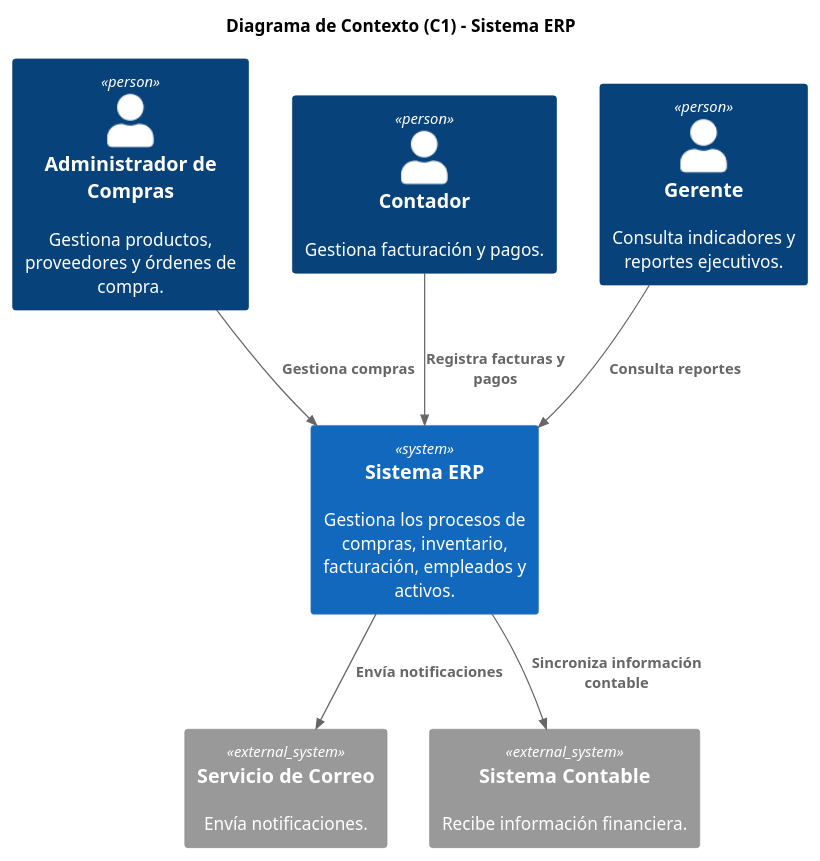
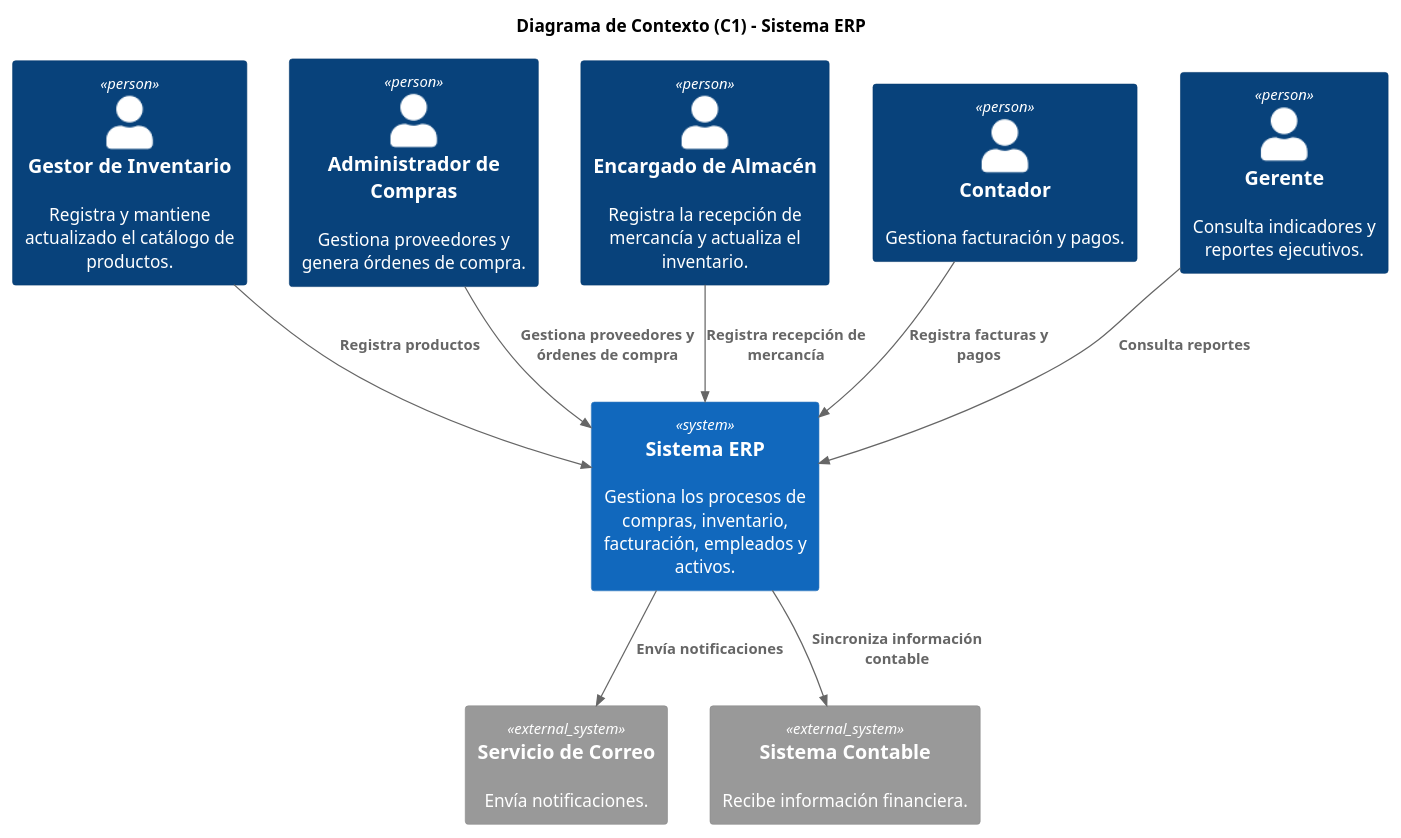
The diagram in docs/diagrama_contexto.plantuml (hannakathe/erp-software-architecture), drawn with PlantUML before and after one commit. The commit also changed 5 other files, not shown here.

```diff
--- a/docs/diagrama_contexto.plantuml
+++ b/docs/diagrama_contexto.plantuml
@@ -1,22 +1,26 @@
 @startuml diagrama_contexto
 !include https://raw.githubusercontent.com/plantuml-stdlib/C4-PlantUML/master/C4_Context.puml
 
 title Diagrama de Contexto (C1) - Sistema ERP
 
-Person(adminCompras, "Administrador de Compras", "Gestiona productos, proveedores y órdenes de compra.")
+Person(gestorInventario, "Gestor de Inventario", "Registra y mantiene actualizado el catálogo de productos.")
+Person(adminCompras, "Administrador de Compras", "Gestiona proveedores y genera órdenes de compra.")
+Person(encargadoAlmacen, "Encargado de Almacén", "Registra la recepción de mercancía y actualiza el inventario.")
 Person(contador, "Contador", "Gestiona facturación y pagos.")
 Person(gerente, "Gerente", "Consulta indicadores y reportes ejecutivos.")
 
 System(erp, "Sistema ERP", "Gestiona los procesos de compras, inventario, facturación, empleados y activos.")
 
 System_Ext(email, "Servicio de Correo", "Envía notificaciones.")
 System_Ext(contabilidad, "Sistema Contable", "Recibe información financiera.")
 
-Rel(adminCompras, erp, "Gestiona compras")
+Rel(gestorInventario, erp, "Registra productos")
+Rel(adminCompras, erp, "Gestiona proveedores y órdenes de compra")
+Rel(encargadoAlmacen, erp, "Registra recepción de mercancía")
 Rel(contador, erp, "Registra facturas y pagos")
 Rel(gerente, erp, "Consulta reportes")
 
 Rel(erp, email, "Envía notificaciones")
 Rel(erp, contabilidad, "Sincroniza información contable")
 
 @enduml
```
